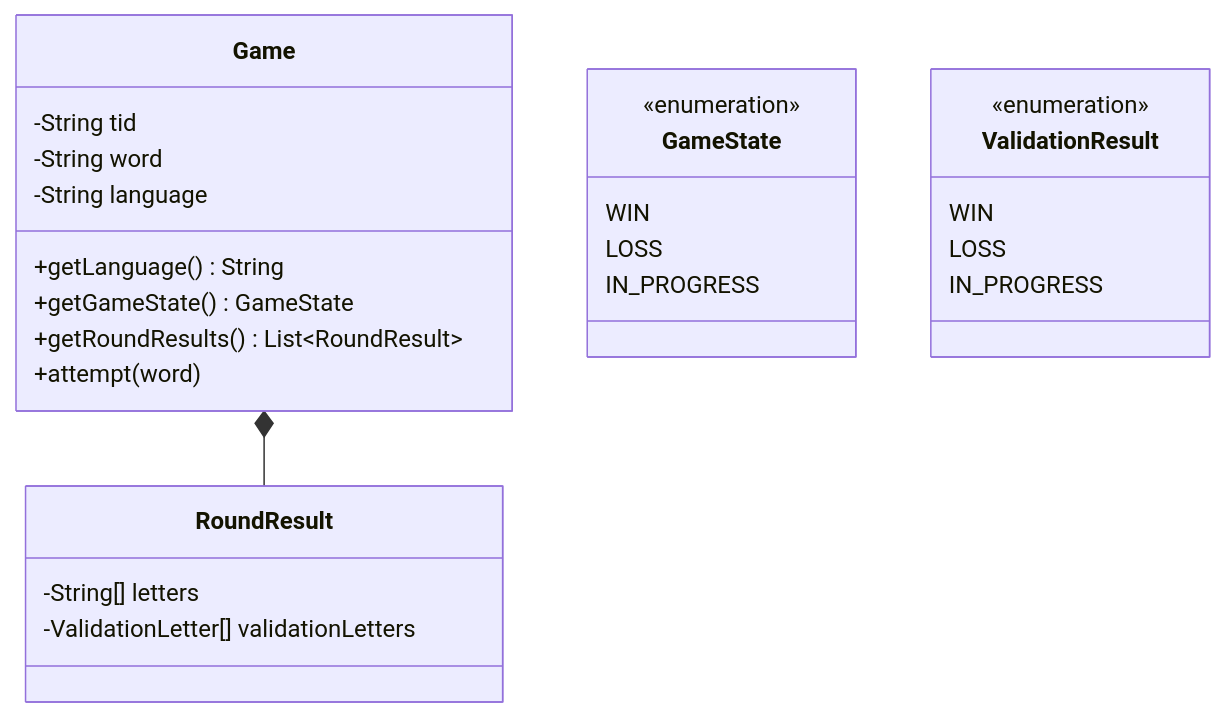
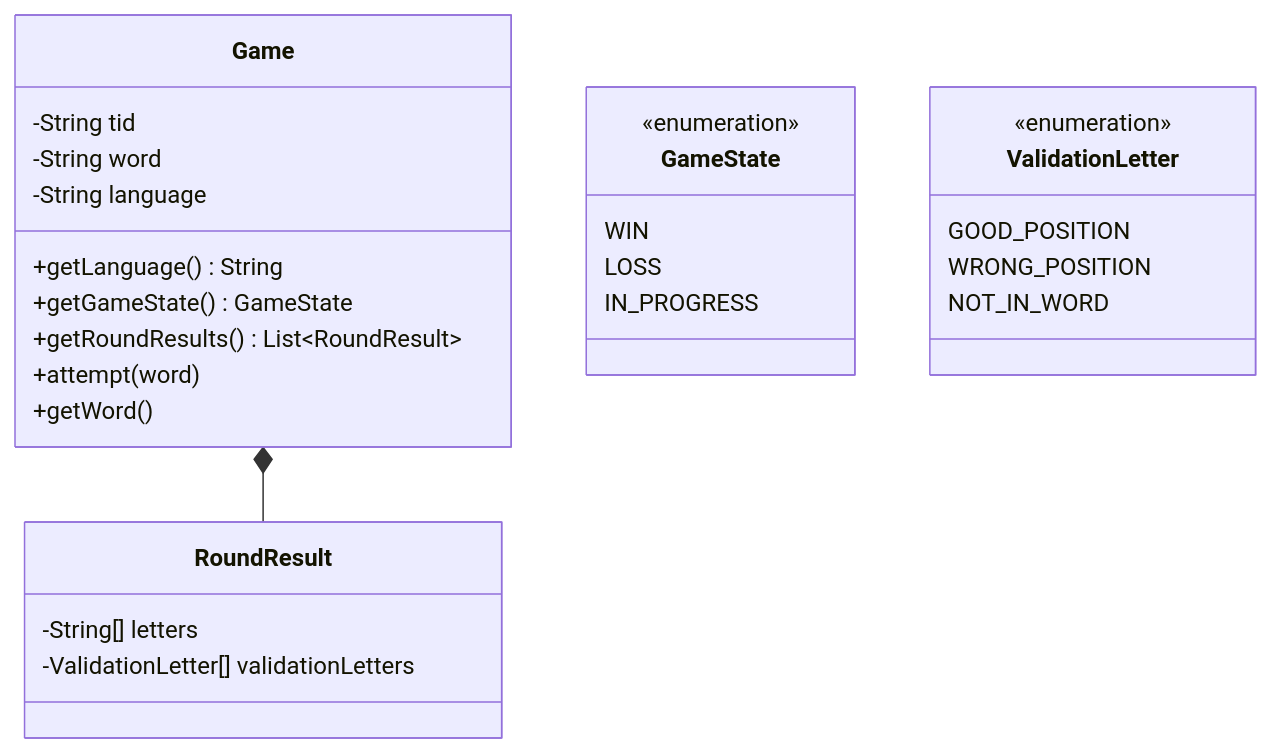
One commit to MaximeLorin/Z-aca-wordle-max changed the fourth of 4 diagrams in CONCEPTION.md. Above: the diagram before and after it, drawn with Mermaid. The commit also changed other lines of this file and 1 other file, not shown here.

Commit message:
doc(conception): update conception

````diff
--- a/CONCEPTION.md
+++ b/CONCEPTION.md
@@ -56,34 +57,35 @@
 ```mermaid
 classDiagram
     Game *--RoundResult
 
     class Game {
         -String tid
         -String word
         -String language
         
         +getLanguage() String
         +getGameState() GameState
         +getRoundResults() List~RoundResult~
         +attempt(word)
+        +getWord()
     }
     
     class RoundResult {
         -String[] letters
         -ValidationLetter[] validationLetters
     }
     
     class GameState{
         <<enumeration>>
         WIN
         LOSS
         IN_PROGRESS
     }
     
-    class ValidationResult{
+    class ValidationLetter{
         <<enumeration>>
-        WIN
-        LOSS
-        IN_PROGRESS
+        GOOD_POSITION
+        WRONG_POSITION
+        NOT_IN_WORD
     }
 ```
````
